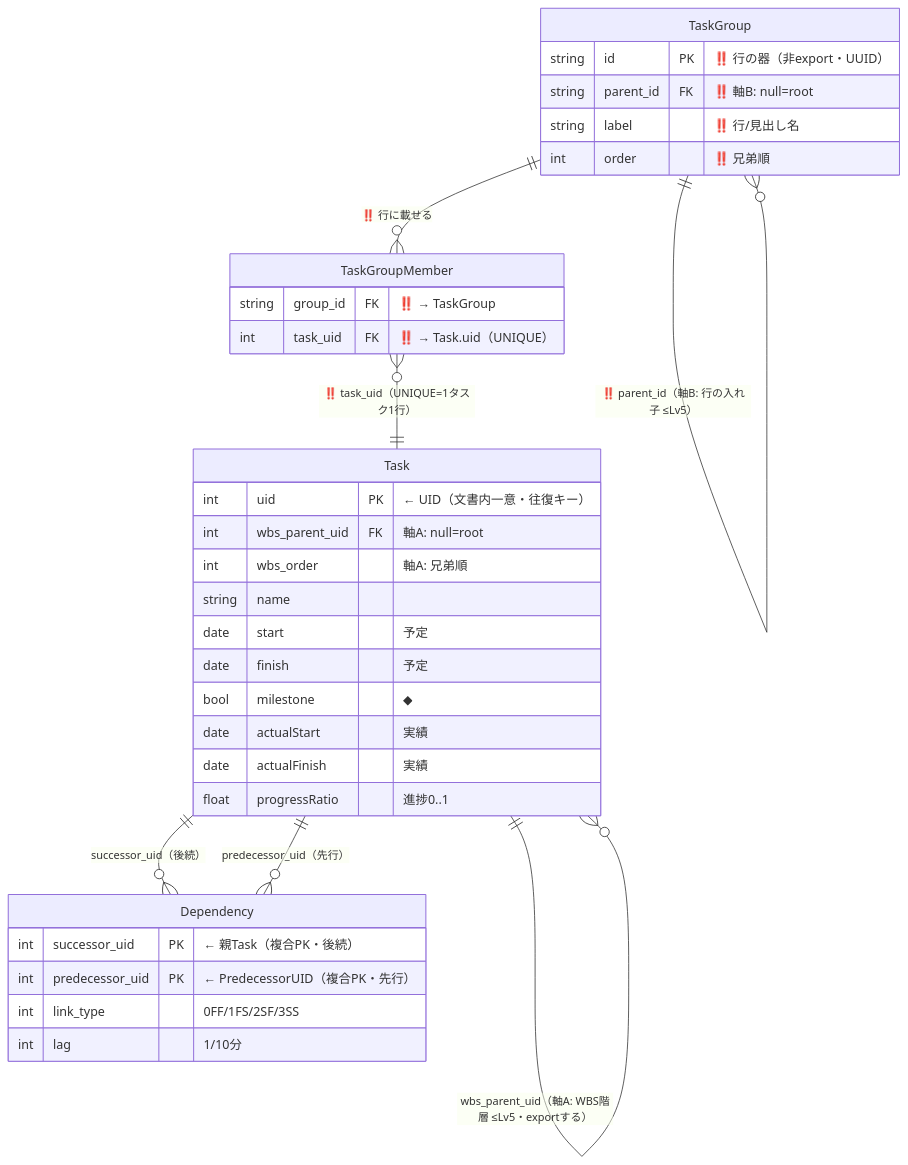
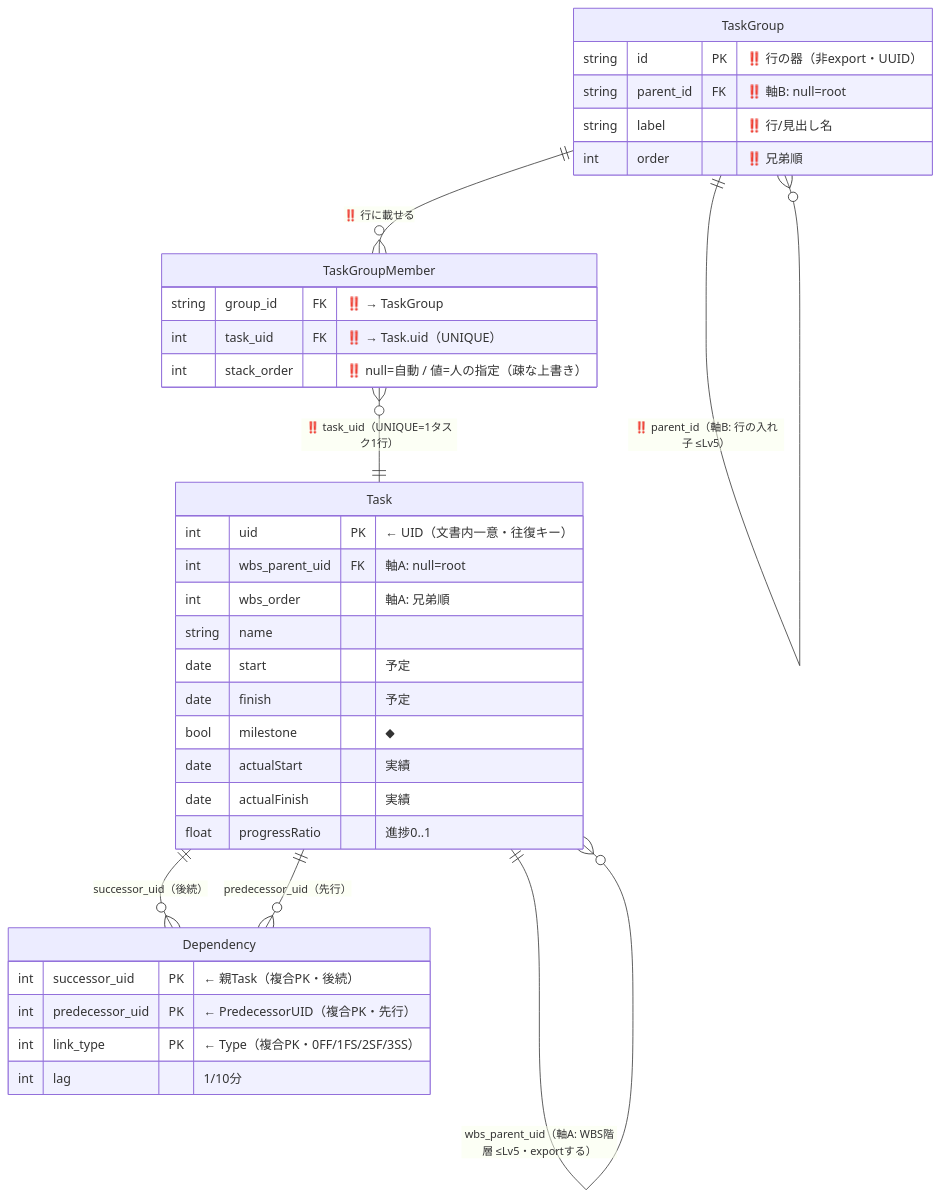
One commit to GoodRelax/gr-scheduler changed the first of 2 diagrams in docs/spec/_assets/grs-native-erd-ja.md. Above: the diagram before and after it, drawn with Mermaid. The commit also changed other lines of this file and 3 other files, not shown here.

````diff
--- a/docs/spec/_assets/grs-native-erd-ja.md
+++ b/docs/spec/_assets/grs-native-erd-ja.md
@@ -111,38 +124,39 @@
 ```mermaid
 erDiagram
     Task ||--o{ Task : "wbs_parent_uid（軸A: WBS階層 ≤Lv5・exportする）"
     TaskGroup ||--o{ TaskGroup : "‼️ parent_id（軸B: 行の入れ子 ≤Lv5）"
     TaskGroup ||--o{ TaskGroupMember : "‼️ 行に載せる"
     TaskGroupMember }o--|| Task : "‼️ task_uid（UNIQUE=1タスク1行）"
     Task ||--o{ Dependency : "successor_uid（後続）"
     Task ||--o{ Dependency : "predecessor_uid（先行）"
 
     Task {
         int uid PK "← UID（文書内一意・往復キー）"
         int wbs_parent_uid FK "軸A: null=root"
         int wbs_order "軸A: 兄弟順"
         string name
         date start "予定"
         date finish "予定"
         bool milestone "◆"
         date actualStart "実績"
         date actualFinish "実績"
         float progressRatio "進捗0..1"
     }
     TaskGroup {
         string id PK "‼️ 行の器（非export・UUID）"
         string parent_id FK "‼️ 軸B: null=root"
         string label "‼️ 行/見出し名"
         int order "‼️ 兄弟順"
     }
     TaskGroupMember {
         string group_id FK "‼️ → TaskGroup"
         int task_uid FK "‼️ → Task.uid（UNIQUE）"
+        int stack_order "‼️ null=自動 / 値=人の指定（疎な上書き）"
     }
     Dependency {
         int successor_uid PK "← 親Task（複合PK・後続）"
         int predecessor_uid PK "← PredecessorUID（複合PK・先行）"
-        int link_type "0FF/1FS/2SF/3SS"
+        int link_type PK "← Type（複合PK・0FF/1FS/2SF/3SS）"
         int lag "1/10分"
     }
 ```
````
